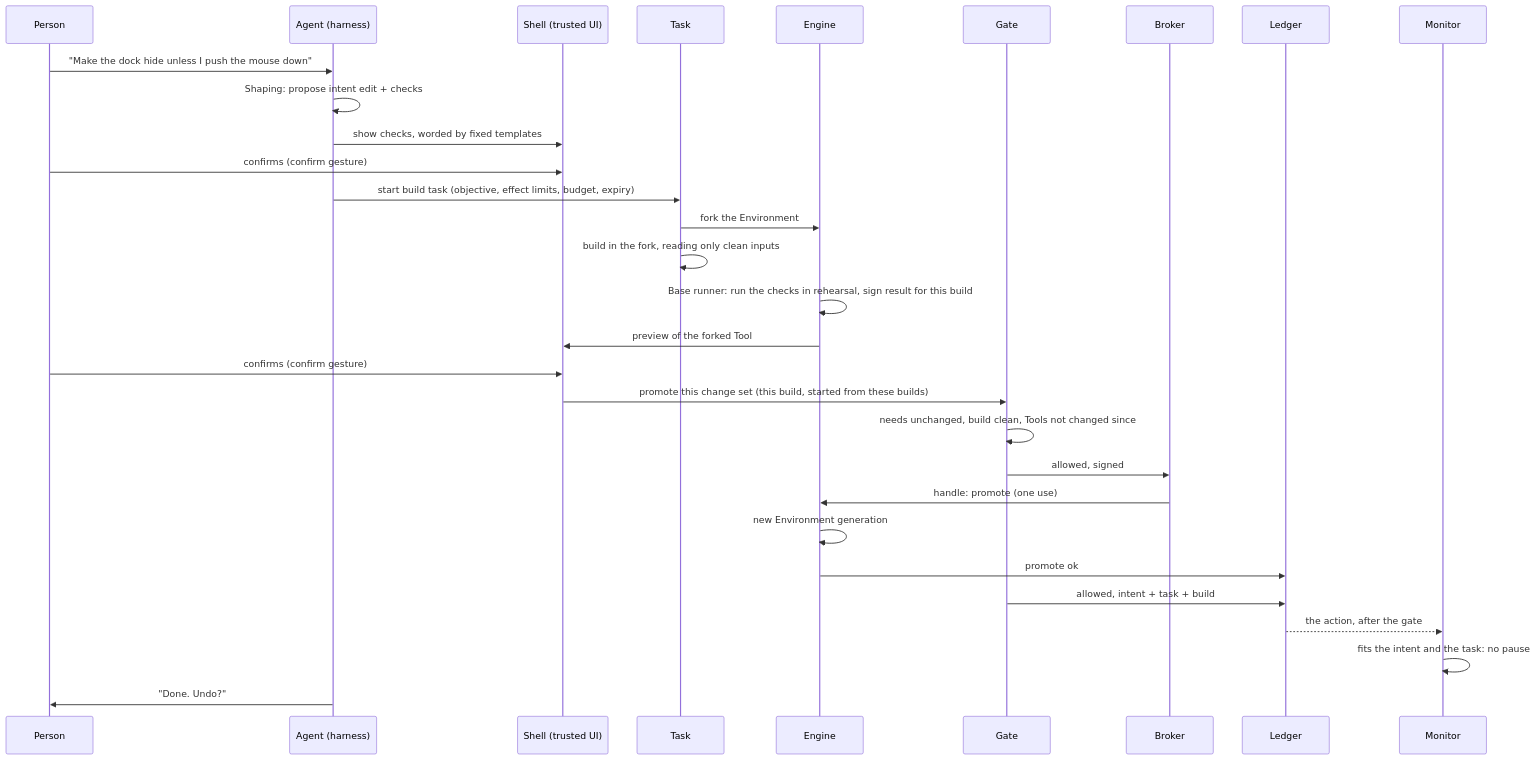
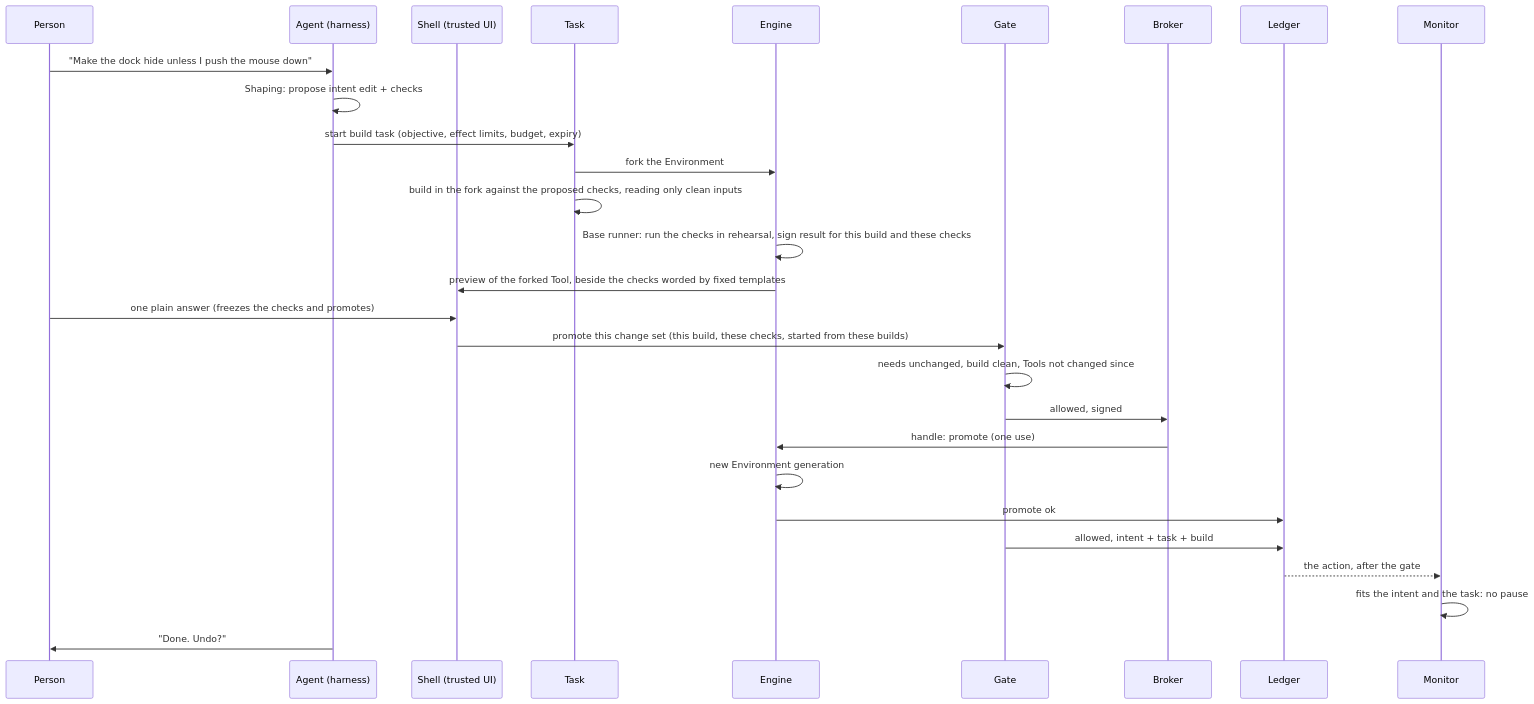
The fourth of 4 diagrams in docs/architecture/gate-monitor-and-autonomy.md (crowbaros/crowbaros), drawn with Mermaid before and after one commit. The commit also changed other lines of this file and 25 other files, not shown here.

````diff
--- a/docs/architecture/gate-monitor-and-autonomy.md
+++ b/docs/architecture/gate-monitor-and-autonomy.md
@@ -743,32 +965,30 @@
 ```mermaid
 sequenceDiagram
     participant P as Person
     participant H as Agent (harness)
     participant S as Shell (trusted UI)
     participant T as Task
     participant E as Engine
     participant G as Gate
     participant B as Broker
     participant L as Ledger
     participant M as Monitor
     P->>H: "Make the dock hide unless I push the mouse down"
     H->>H: Shaping: propose intent edit + checks
-    H->>S: show checks, worded by fixed templates
-    P->>S: confirms (confirm gesture)
     H->>T: start build task (objective, effect limits, budget, expiry)
     T->>E: fork the Environment
-    T->>T: build in the fork, reading only clean inputs
-    E->>E: Base runner: run the checks in rehearsal, sign result for this build
-    E->>S: preview of the forked Tool
-    P->>S: confirms (confirm gesture)
-    S->>G: promote this change set (this build, started from these builds)
+    T->>T: build in the fork against the proposed checks, reading only clean inputs
+    E->>E: Base runner: run the checks in rehearsal, sign result for this build and these checks
+    E->>S: preview of the forked Tool, beside the checks worded by fixed templates
+    P->>S: one plain answer (freezes the checks and promotes)
+    S->>G: promote this change set (this build, these checks, started from these builds)
     G->>G: needs unchanged, build clean, Tools not changed since
     G->>B: allowed, signed
     B->>E: handle: promote (one use)
     E->>E: new Environment generation
     E->>L: promote ok
     G->>L: allowed, intent + task + build
     L-->>M: the action, after the gate
     M->>M: fits the intent and the task: no pause
     H->>P: "Done. Undo?"
 ```
````
